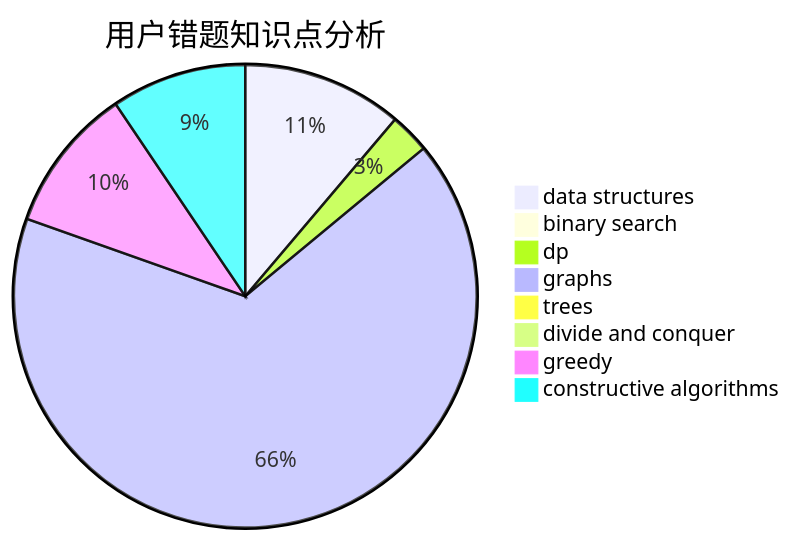
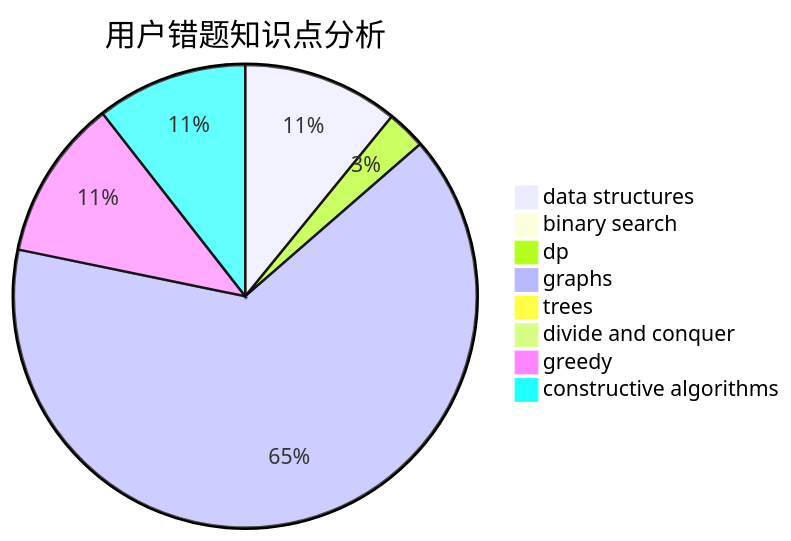
Before and after one commit to sherpahu/cfrs.github.io: the third of 3 diagrams in docs/user/u2252.md, drawn with Mermaid. The commit also changed other lines of this file and 2770 other files, not shown here.

````diff
--- a/docs/user/u2252.md
+++ b/docs/user/u2252.md
@@ -36,11 +36,11 @@
 ```mermaid
 pie title 用户错题知识点分析
     "data structures" :  32
     "binary search" :  0
     "dp" :  8
     "graphs" :  190
     "trees" :  0
     "divide and conquer" :  0
-    "greedy" :  29
-    "constructive algorithms" :  27
+    "greedy" :  33
+    "constructive algorithms" :  31
 ```
````
